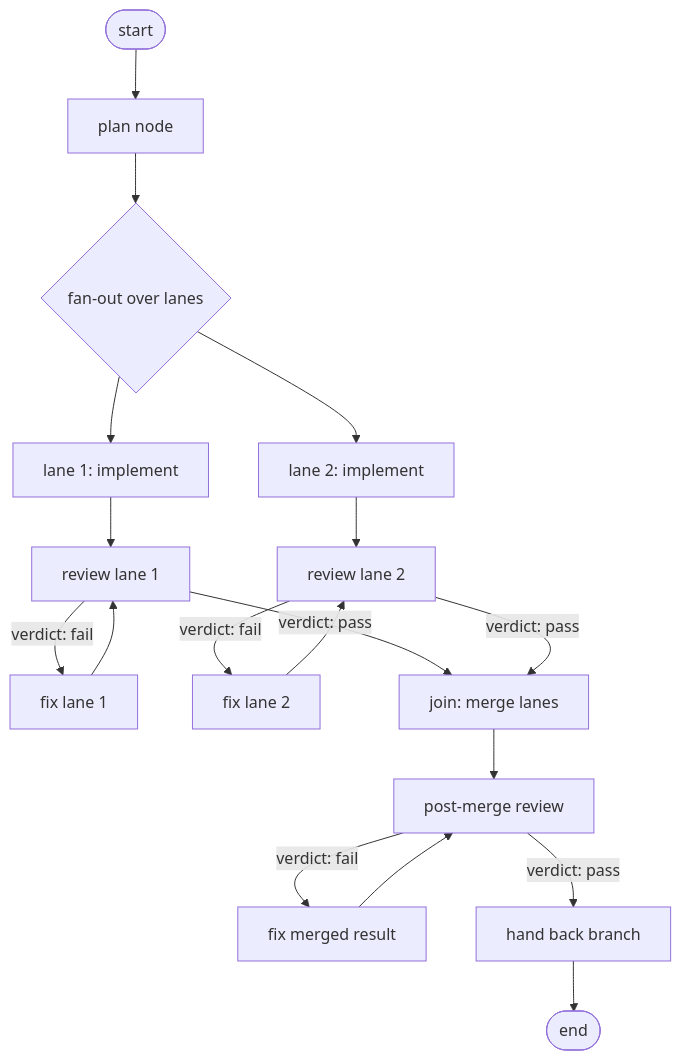
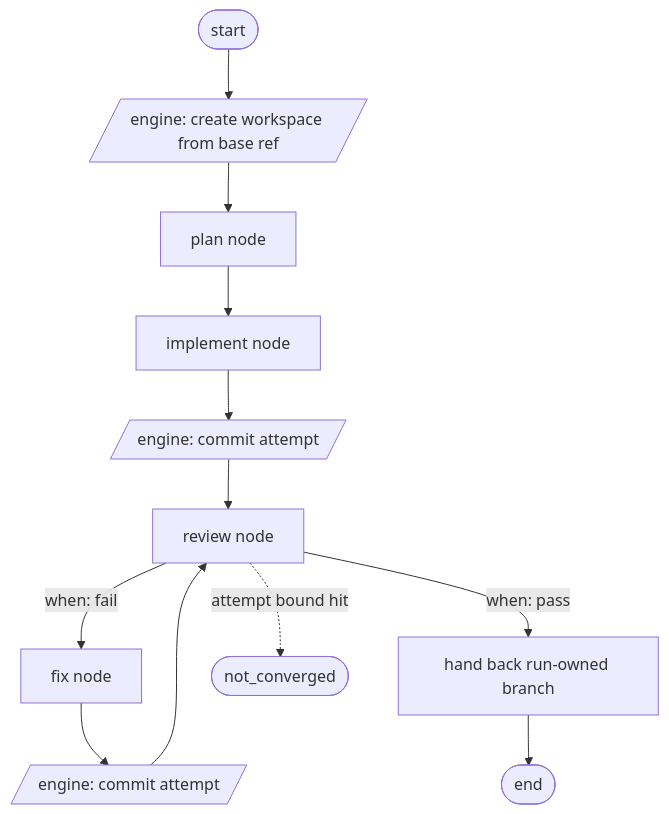
The diagram in docs/plans/2026-07-25-001-feat-engine-slice-2-plan.md (FlorianRiquelme/graph-bro), drawn with Mermaid before and after one commit. The commit also changed other lines of this file and 4 other files, not shown here.

First line of the commit message:
docs(plan): narrow engine slice 2 to single-track after grilling (graph-bro#14)

````diff
--- a/docs/plans/2026-07-25-001-feat-engine-slice-2-plan.md
+++ b/docs/plans/2026-07-25-001-feat-engine-slice-2-plan.md
@@ -77,20 +96,14 @@
 ```mermaid
 flowchart TB
-  START([start]) --> PLAN[plan node]
-  PLAN --> SPLIT{fan-out over lanes}
-  SPLIT --> L1[lane 1: implement]
-  SPLIT --> L2[lane 2: implement]
-  L1 --> R1[review lane 1]
-  L2 --> R2[review lane 2]
-  R1 -->|verdict: fail| F1[fix lane 1]
-  R2 -->|verdict: fail| F2[fix lane 2]
-  F1 --> R1
-  F2 --> R2
-  R1 -->|verdict: pass| J[join: merge lanes]
-  R2 -->|verdict: pass| J
-  J --> PMR[post-merge review]
-  PMR -->|verdict: fail| PMF[fix merged result]
-  PMF --> PMR
-  PMR -->|verdict: pass| HB[hand back branch]
+  START([start]) --> WS[/engine: create workspace from base ref/]
+  WS --> PLAN[plan node]
+  PLAN --> IMPL[implement node]
+  IMPL --> C1[/engine: commit attempt/]
+  C1 --> REV[review node]
+  REV -->|when: fail| FIX[fix node]
+  FIX --> C2[/engine: commit attempt/]
+  C2 --> REV
+  REV -->|when: pass| HB[hand back run-owned branch]
   HB --> END([end])
+  REV -.attempt bound hit.-> NC([not_converged])
 ```
````
